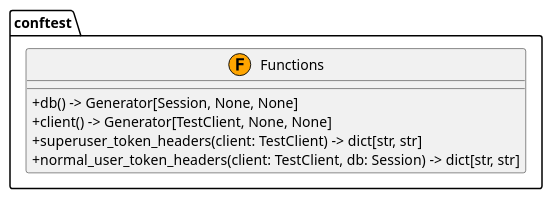
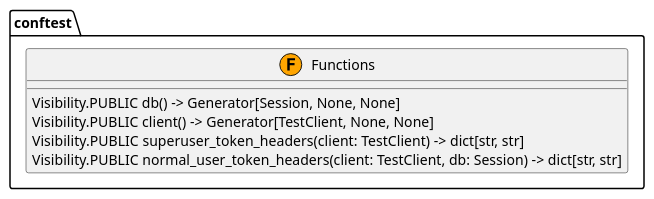
Before and after one commit to jswans33/my-full-stack-fastapi-template: the diagram in docs/source/_generated_uml/conftest.puml, drawn with PlantUML. The commit also changed 62 other files, not shown here.

Commit message:
Add UML generator module and update visibility for functions in UML diagrams

```diff
--- a/docs/source/_generated_uml/conftest.puml
+++ b/docs/source/_generated_uml/conftest.puml
@@ -1,14 +1,14 @@
 @startuml
 skinparam classAttributeIconSize 0
 
 package "conftest" {
   class Functions <<(F,orange)>> {
-    + db() -> Generator[Session, None, None]
-    + client() -> Generator[TestClient, None, None]
-    + superuser_token_headers(client: TestClient) -> dict[str, str]
-    + normal_user_token_headers(client: TestClient, db: Session) -> dict[str, str]
+    Visibility.PUBLIC db() -> Generator[Session, None, None]
+    Visibility.PUBLIC client() -> Generator[TestClient, None, None]
+    Visibility.PUBLIC superuser_token_headers(client: TestClient) -> dict[str, str]
+    Visibility.PUBLIC normal_user_token_headers(client: TestClient, db: Session) -> dict[str, str]
   }
 }
 
 ' Relationships
 @enduml
```
